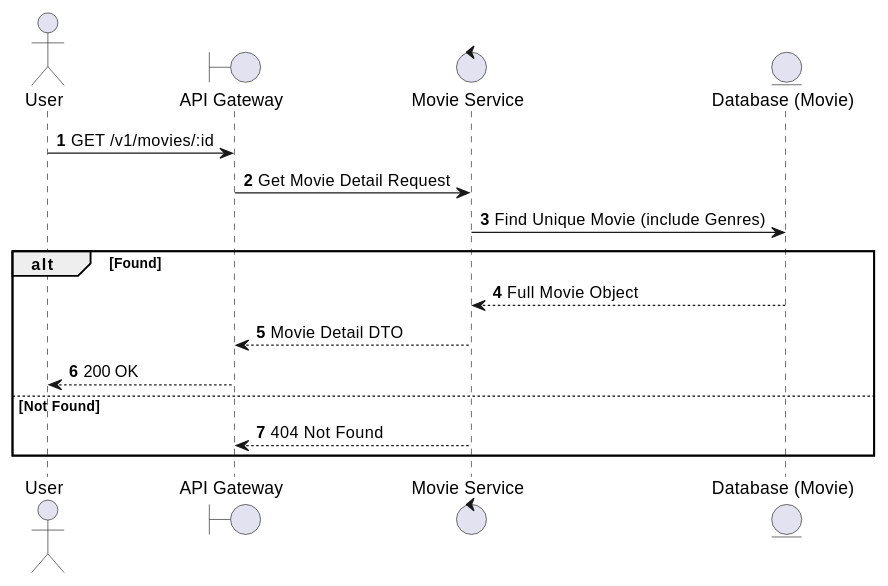
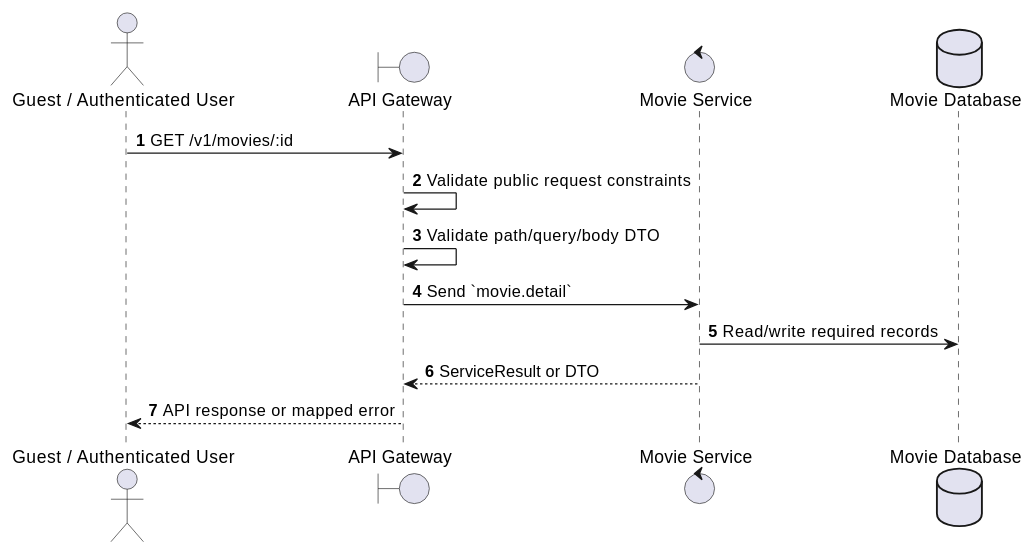
One commit to Tanh1603/movie-hub-architecture changed the first of 2 diagrams in docs/functional_specs/3.3.1_Movie_Catalog/MV-02_Get_Movie_Details.md. Above: the diagram before and after it, drawn with PlantUML. The commit also changed other lines of this file and 126 other files, not shown here.

````diff
--- a/docs/functional_specs/3.3.1_Movie_Catalog/MV-02_Get_Movie_Details.md
+++ b/docs/functional_specs/3.3.1_Movie_Catalog/MV-02_Get_Movie_Details.md
@@ -17,20 +17,17 @@
 ```plantuml
 @startuml
 autonumber
-actor User
+actor "Guest / Authenticated User" as Actor
 boundary "API Gateway" as GW
-control "Movie Service" as MS
-entity "Database (Movie)" as DB
+control "Movie Service" as SVC
+database "Movie Database" as DB
 
-User -> GW: GET /v1/movies/:id
-GW -> MS: Get Movie Detail Request
-MS -> DB: Find Unique Movie (include Genres)
-alt Found
-    DB --> MS: Full Movie Object
-    MS --> GW: Movie Detail DTO
-    GW --> User: 200 OK
-else Not Found
-    MS --> GW: 404 Not Found
-end
+Actor -> GW: GET /v1/movies/:id
+GW -> GW: Validate public request constraints
+GW -> GW: Validate path/query/body DTO
+GW -> SVC: Send `movie.detail`
+SVC -> DB: Read/write required records
+SVC --> GW: ServiceResult or DTO
+GW --> Actor: API response or mapped error
 @enduml
 ```
````
